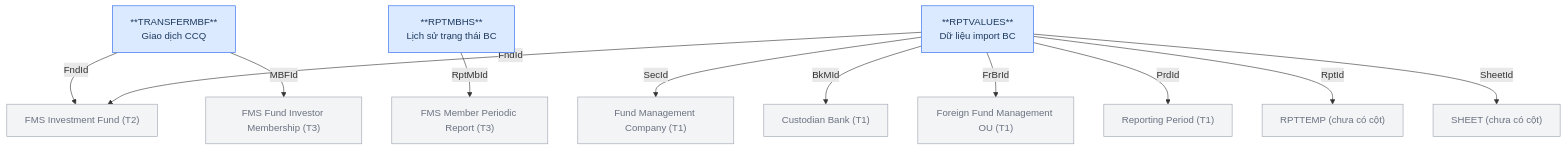
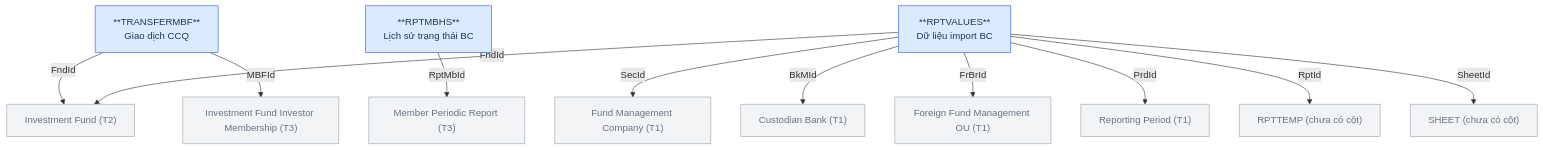
One commit to linhlvit/ubck_atomic_design changed the sixth of 7 diagrams in Silver/hld/FMS_HLD_Tier4.md. Above: the diagram before and after it, drawn with Mermaid. The commit also changed other lines of this file and 32 other files, not shown here.

````diff
--- a/Silver/hld/FMS_HLD_Tier4.md
+++ b/Silver/hld/FMS_HLD_Tier4.md
@@ -161,30 +161,30 @@
 ```mermaid
 graph TD
     classDef src fill:#dbeafe,stroke:#2563eb,color:#1e3a5f
     classDef ref fill:#f3f4f6,stroke:#9ca3af,color:#6b7280
 
     SECURITIES["Fund Management Company (T1)"]:::ref
     FORBRCH["Foreign Fund Management OU (T1)"]:::ref
     BANKMONI["Custodian Bank (T1)"]:::ref
     RPTPERIOD["Reporting Period (T1)"]:::ref
-    FUNDS["FMS Investment Fund (T2)"]:::ref
-    MBFUND["FMS Fund Investor Membership (T3)"]:::ref
-    RPTMEMBER["FMS Member Periodic Report (T3)"]:::ref
+    FUNDS["Investment Fund (T2)"]:::ref
+    MBFUND["Investment Fund Investor Membership (T3)"]:::ref
+    RPTMEMBER["Member Periodic Report (T3)"]:::ref
     RPTTEMP["RPTTEMP (chưa có cột)"]:::ref
     SHEET["SHEET (chưa có cột)"]:::ref
 
     TRANSFERMBF["**TRANSFERMBF**\nGiao dịch CCQ"]:::src
     RPTMBHS["**RPTMBHS**\nLịch sử trạng thái BC"]:::src
     RPTVALUES["**RPTVALUES**\nDữ liệu import BC"]:::src
 
     TRANSFERMBF -->|FndId| FUNDS
     TRANSFERMBF -->|MBFId| MBFUND
     RPTMBHS -->|RptMbId| RPTMEMBER
     RPTVALUES -->|SecId| SECURITIES
     RPTVALUES -->|FndId| FUNDS
     RPTVALUES -->|BkMId| BANKMONI
     RPTVALUES -->|FrBrId| FORBRCH
     RPTVALUES -->|PrdId| RPTPERIOD
     RPTVALUES -->|RptId| RPTTEMP
     RPTVALUES -->|SheetId| SHEET
 ```
````
